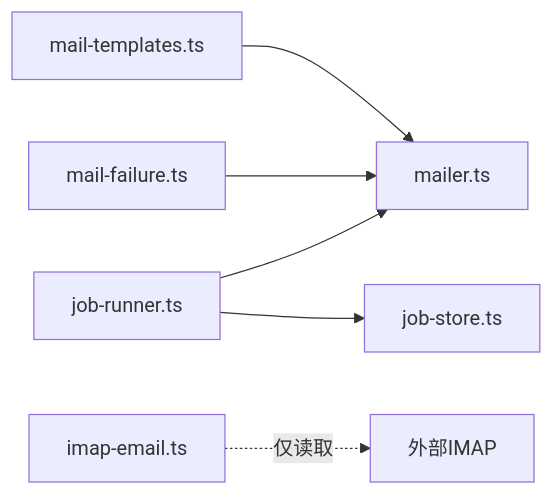
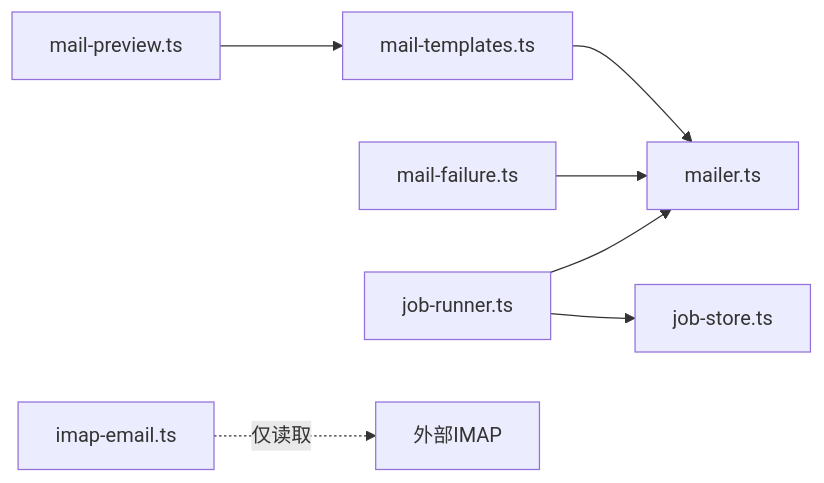
Before and after one commit to scottcwy/PurpleInk: the third of 3 diagrams in .qoder/repowiki/zh/content/认证系统/邮件服务.md, drawn with Mermaid. The commit also changed other lines of this file and 109 other files, not shown here.

````diff
--- a/.qoder/repowiki/zh/content/认证系统/邮件服务.md
+++ b/.qoder/repowiki/zh/content/认证系统/邮件服务.md
@@ -226,8 +312,9 @@
 ```mermaid
 graph LR
 templates["mail-templates.ts"] --> sender["mailer.ts"]
 failures["mail-failure.ts"] --> sender
+preview["mail-preview.ts"] --> templates
 runner["job-runner.ts"] --> store["job-store.ts"]
 runner --> sender
 imap["imap-email.ts"] -. 仅读取 .-> 外部IMAP
 ```
````
